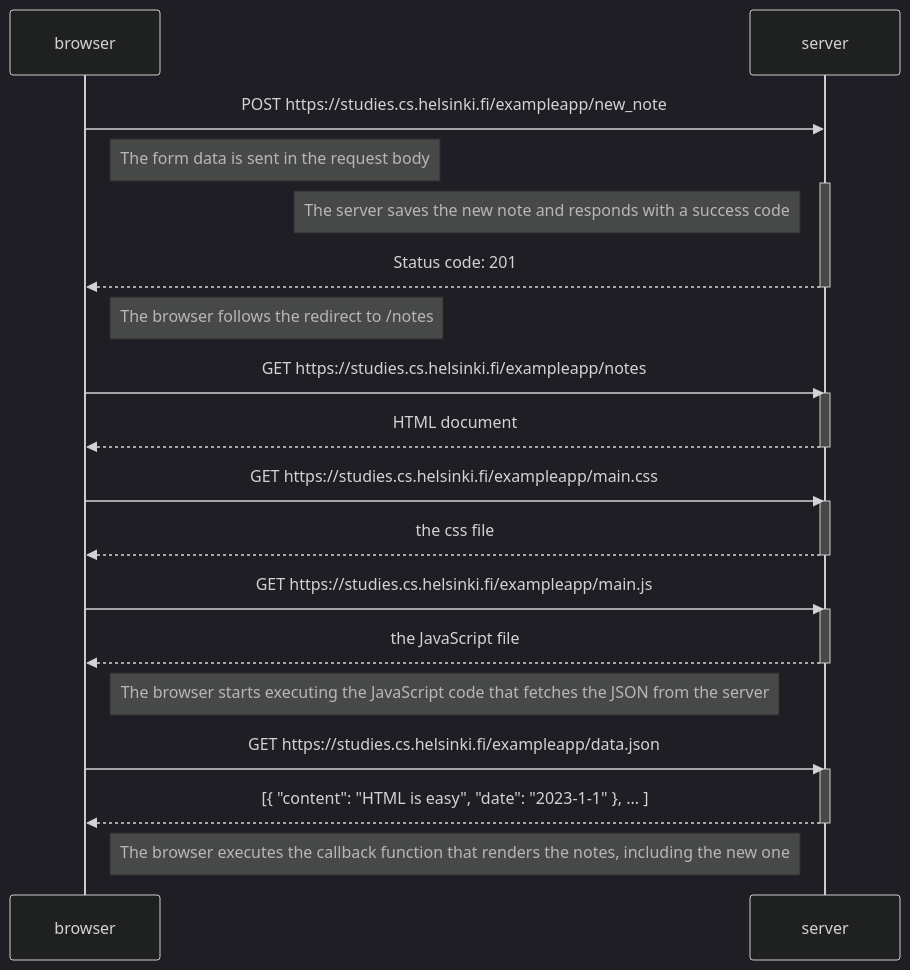
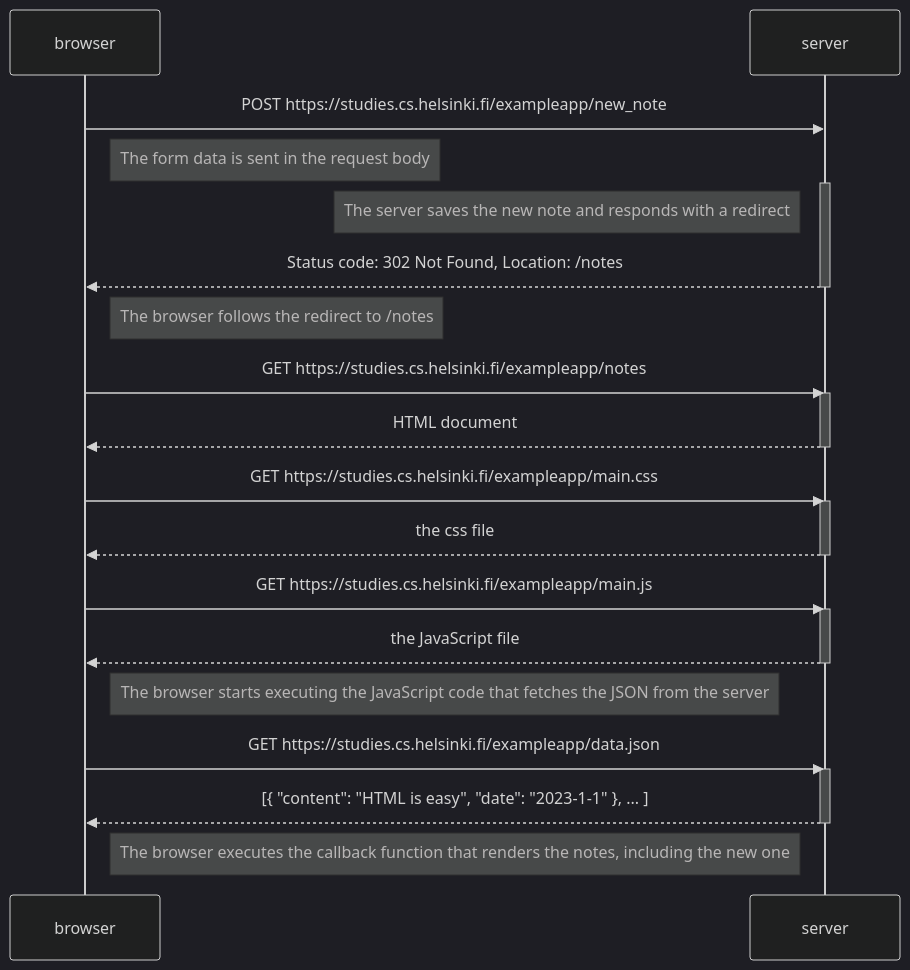
One commit to d-m-g/fullstack-open changed the diagram in part0/0.4.md. Above: the diagram before and after it, drawn with Mermaid (dark theme).

````diff
--- a/part0/0.4.md
+++ b/part0/0.4.md
@@ -7,37 +7,37 @@
 ```mermaid
 sequenceDiagram
     participant browser
     participant server
 
     browser->>server: POST https://studies.cs.helsinki.fi/exampleapp/new_note
     Note right of browser: The form data is sent in the request body
     activate server
-    Note left of server: The server saves the new note and responds with a success code
-    server-->>browser:Status code: 201
+    Note left of server: The server saves the new note and responds with a redirect
+    server-->>browser: Status code: 302 Not Found, Location: /notes
     deactivate server
 
     Note right of browser: The browser follows the redirect to /notes
     browser->>server: GET https://studies.cs.helsinki.fi/exampleapp/notes
     activate server
     server-->>browser: HTML document
     deactivate server
 
     browser->>server: GET https://studies.cs.helsinki.fi/exampleapp/main.css
     activate server
     server-->>browser: the css file
     deactivate server
 
     browser->>server: GET https://studies.cs.helsinki.fi/exampleapp/main.js
     activate server
     server-->>browser: the JavaScript file
     deactivate server
 
     Note right of browser: The browser starts executing the JavaScript code that fetches the JSON from the server
 
     browser->>server: GET https://studies.cs.helsinki.fi/exampleapp/data.json
     activate server
     server-->>browser: [{ "content": "HTML is easy", "date": "2023-1-1" }, ... ]
     deactivate server
 
     Note right of browser: The browser executes the callback function that renders the notes, including the new one
 ```
````
